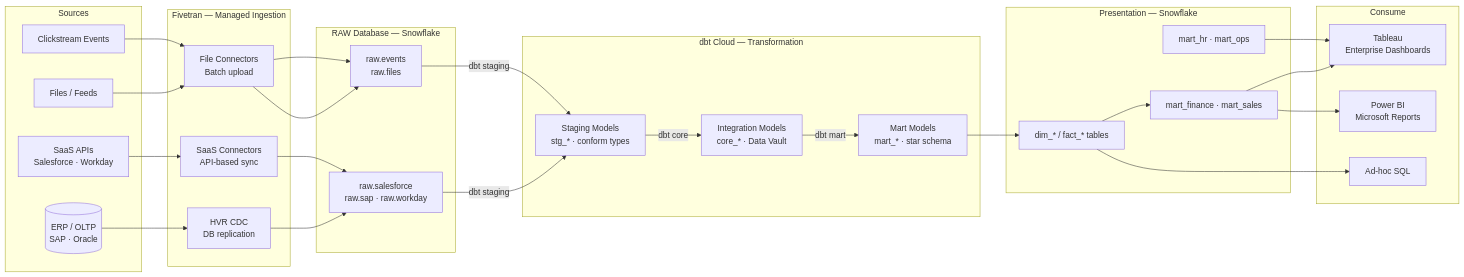
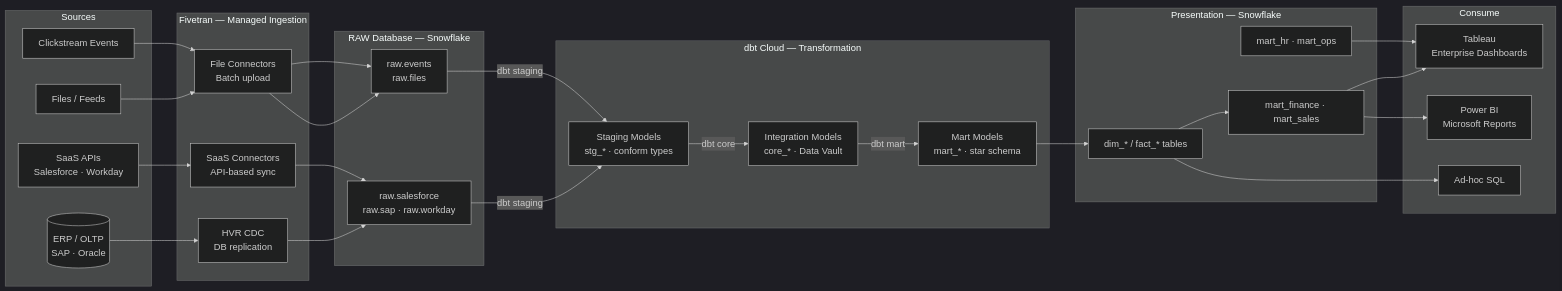
The second of 2 diagrams in platforms/snowflake/sf.1-edw/README.md (DataTechBridge-Projects/enterprise-data-architecture-patterns), drawn with Mermaid before and after one commit. The commit also changed other lines of this file and 3 other files, not shown here.

Commit message:
Increase font size to 18px in all Snowflake flowchart diagrams

````diff
--- a/platforms/snowflake/sf.1-edw/README.md
+++ b/platforms/snowflake/sf.1-edw/README.md
@@ -73,52 +74,53 @@
 ```mermaid
+%%{init: {'theme': 'dark', 'themeVariables': {'fontSize': '18px'}}}%%
 flowchart LR
     subgraph Sources
         A1[(ERP / OLTP\nSAP · Oracle)]
         A2[SaaS APIs\nSalesforce · Workday]
         A3[Files / Feeds]
         A4[Clickstream Events]
     end
 
     subgraph Fivetran["Fivetran — Managed Ingestion"]
         B1[HVR CDC\nDB replication]
         B2[SaaS Connectors\nAPI-based sync]
         B3[File Connectors\nBatch upload]
     end
 
     subgraph Raw["RAW Database — Snowflake"]
         C1[raw.salesforce\nraw.sap · raw.workday]
         C2[raw.events\nraw.files]
     end
 
     subgraph Transform["dbt Cloud — Transformation"]
         D1[Staging Models\nstg_* · conform types]
         D2[Integration Models\ncore_* · Data Vault]
         D3[Mart Models\nmart_* · star schema]
     end
 
     subgraph Serve["Presentation — Snowflake"]
         E1[dim_* / fact_* tables]
         E2[mart_finance · mart_sales]
         E3[mart_hr · mart_ops]
     end
 
     subgraph Consume
         F1[Tableau\nEnterprise Dashboards]
         F2[Power BI\nMicrosoft Reports]
         F3[Ad-hoc SQL]
     end
 
     A1 --> B1 --> C1
     A2 --> B2 --> C1
     A3 --> B3 --> C2
     A4 --> B3 --> C2
 
     C1 -->|dbt staging| D1
     C2 -->|dbt staging| D1
     D1 -->|dbt core| D2
     D2 -->|dbt mart| D3
     D3 --> E1 --> E2 --> F1
     E2 --> F2
     E3 --> F1
     E1 --> F3
 ```
````
